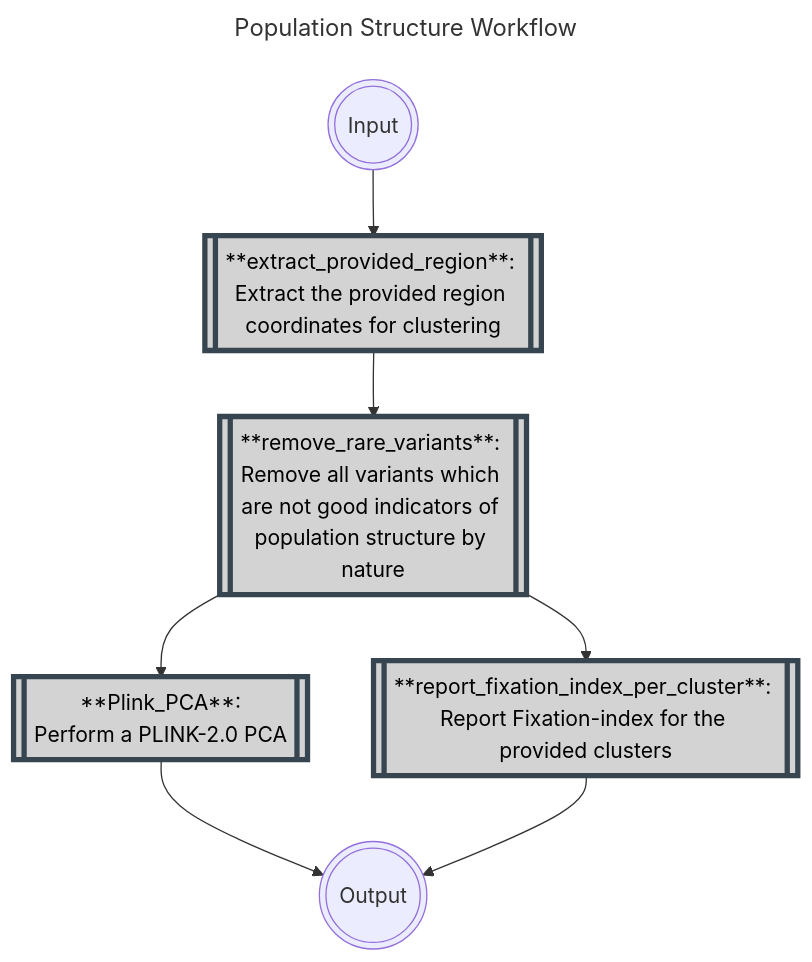
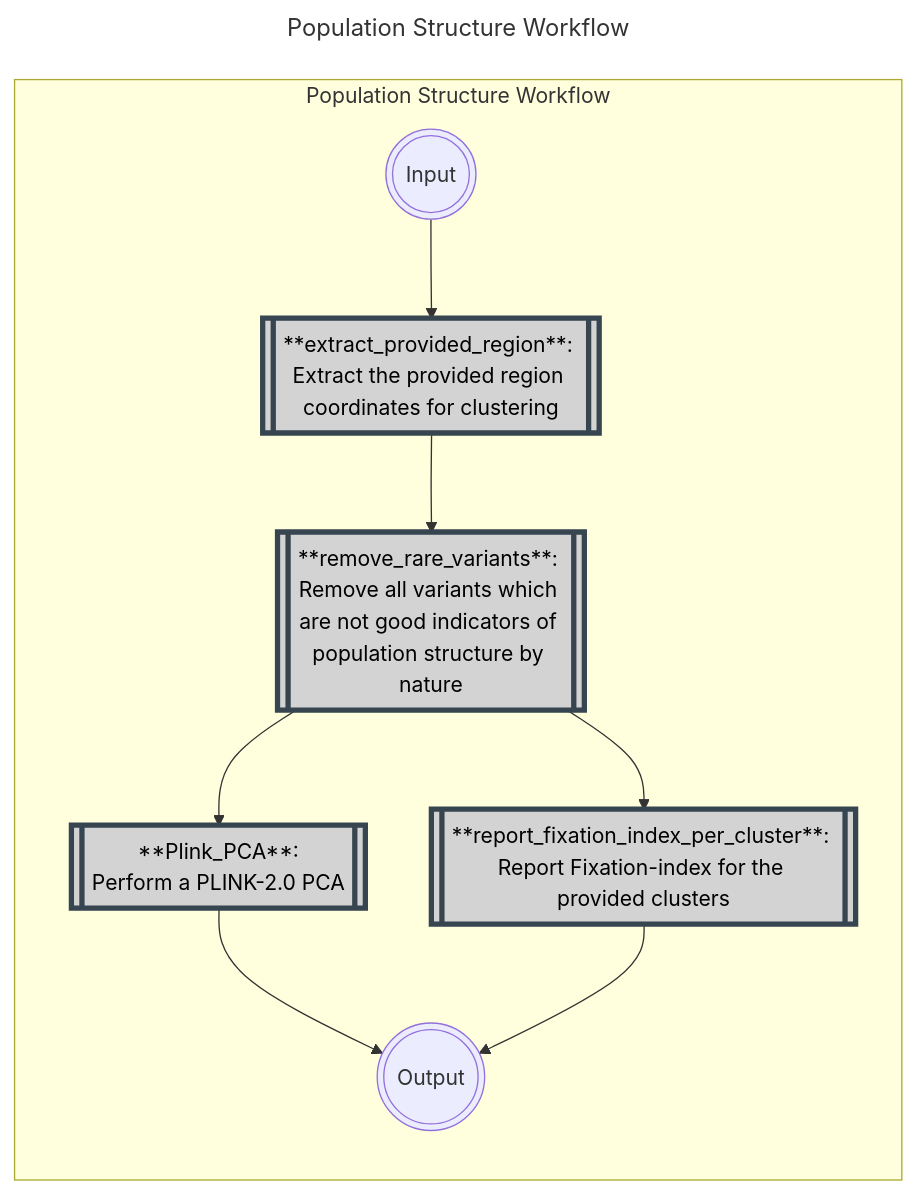
One commit to Tuks-ICMM/Population-Structure-Workflow changed the diagram in docs/02-workflow/02-analysis.md. Above: the diagram before and after it, drawn with Mermaid. The commit also changed other lines of this file, not shown here.

Commit message:
Debugging documentation site error

````diff
--- a/docs/02-workflow/02-analysis.md
+++ b/docs/02-workflow/02-analysis.md
@@ -35,32 +35,34 @@
   ```mermaid
 ---
 title: Population Structure Workflow
 ---
 flowchart TB
+  subgraph population_structure_workflow[Population Structure Workflow]
+    direction TB
+    classDef bcftools stroke:#FF5733,fill:#D3D3D3,stroke-width:4px,color:black;
+    classDef plink stroke:#36454F,fill:#D3D3D3,stroke-width:4px,color:black;
+    classDef python stroke:#FEBE10,fill:#D3D3D3,stroke-width:4px,color:black;
+    classDef admixture stroke:#333,fill:#D3D3D3,stroke-width:4px,color:black;
+    classDef tabix stroke:#023020,fill:#D3D3D3,stroke-width:4px,color:black;
+    classDef gatk stroke:#007FFF,fill:#D3D3D3,stroke-width:4px,color:black;
+    START(((Input)))
+    END(((Output)))
 
-  classDef bcftools stroke:#FF5733,fill:#D3D3D3,stroke-width:4px,color:black;
-  classDef plink stroke:#36454F,fill:#D3D3D3,stroke-width:4px,color:black;
-  classDef python stroke:#FEBE10,fill:#D3D3D3,stroke-width:4px,color:black;
-  classDef admixture stroke:#333,fill:#D3D3D3,stroke-width:4px,color:black;
-  classDef tabix stroke:#023020,fill:#D3D3D3,stroke-width:4px,color:black;
-  classDef gatk stroke:#007FFF,fill:#D3D3D3,stroke-width:4px,color:black;
-  START(((Input)))
-  END(((Output)))
+    extract_provided_region[[**extract_provided_region**: Extract the provided region coordinates for clustering]]
 
-  extract_provided_region[[**extract_provided_region**: Extract the provided region coordinates for clustering]]
+    remove_rare_variants[[**remove_rare_variants**: Remove all variants which are not good indicators of population structure by nature]]
 
-  remove_rare_variants[[**remove_rare_variants**: Remove all variants which are not good indicators of population structure by nature]]
+    plinkPca[[**Plink_PCA**:
+  Perform a PLINK-2.0 PCA]]
+    
+    report_fixation_index_per_cluster[[**report_fixation_index_per_cluster**: Report Fixation-index for the provided clusters]]
 
-  plinkPca[[**Plink_PCA**:
-Perform a PLINK-2.0 PCA]]
-  
-  report_fixation_index_per_cluster[[**report_fixation_index_per_cluster**: Report Fixation-index for the provided clusters]]
+    class remove_rare_variants,plinkPca,plinkPed,report_fixation_index_per_cluster,extract_provided_region plink;
+    class Admixture admixture;
+    class fetchPedLables python;
 
-  class remove_rare_variants,plinkPca,plinkPed,report_fixation_index_per_cluster,extract_provided_region plink;
-  class Admixture admixture;
-  class fetchPedLables python;
+    START --> extract_provided_region --> remove_rare_variants --> plinkPca & report_fixation_index_per_cluster
 
-  START --> extract_provided_region --> remove_rare_variants --> plinkPca & report_fixation_index_per_cluster
-
-  plinkPca & report_fixation_index_per_cluster --> END
+    plinkPca & report_fixation_index_per_cluster --> END
+  end
   ```
````
